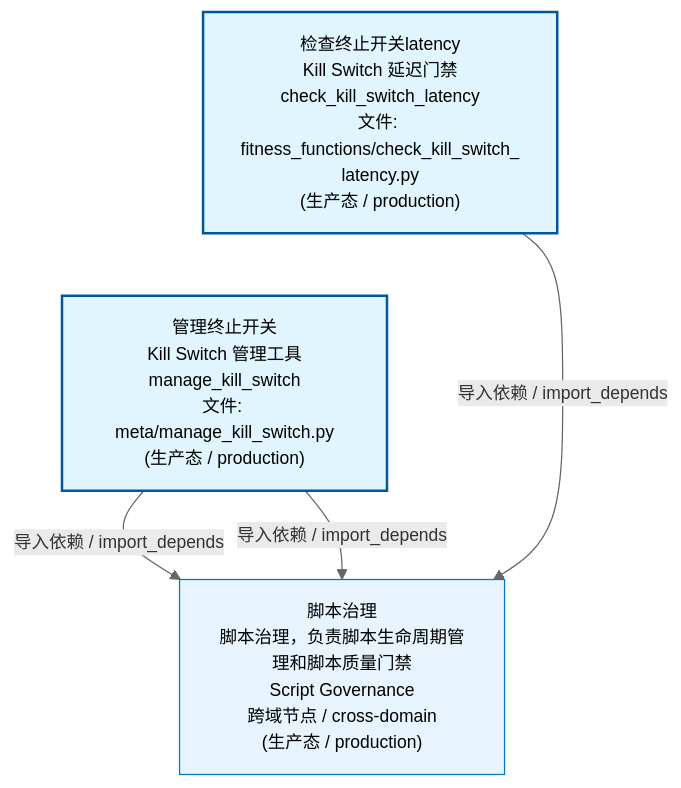
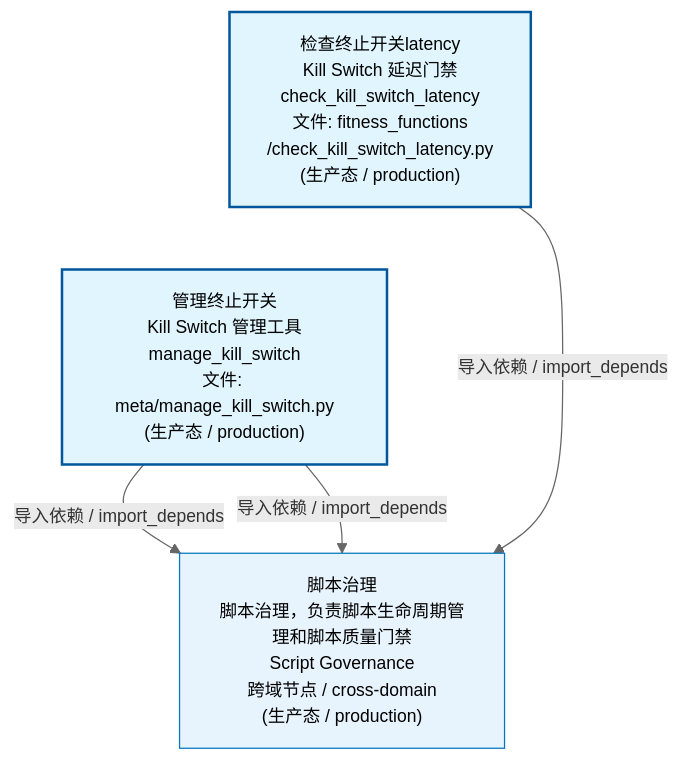
The first of 3 diagrams in docs/02_enterprise_architecture/02_domain_architecture_docs/34_d_autonomy_perm.md (xuanFelixVan/ZephyrAlpha), drawn with Mermaid before and after one commit. The commit also changed other lines of this file and 59 other files, not shown here.

````diff
--- a/docs/02_enterprise_architecture/02_domain_architecture_docs/34_d_autonomy_perm.md
+++ b/docs/02_enterprise_architecture/02_domain_architecture_docs/34_d_autonomy_perm.md
@@ -53,17 +53,17 @@
 ```mermaid
 %%{init: {'theme': 'base', 'themeVariables': {'primaryColor': '#eaeaea', 'primaryTextColor': '#333333', 'primaryBorderColor': '#666666', 'lineColor': '#666666', 'secondaryColor': '#eaeaea', 'tertiaryColor': '#eaeaea', 'fontSize': '14px'}}}%%
 flowchart TD
-    scripts_arch_guard_fitness_functions_check_kill_switch_latency_py["检查终止开关latency<br/>Kill Switch 延迟门禁<br/>check_kill_switch_latency<br/>文件: fitness_functions/check_kill_switch_<br/>latency.py<br/>(生产态 / production)"]
+    scripts_arch_guard_fitness_functions_check_kill_switch_latency_py["检查终止开关latency<br/>Kill Switch 延迟门禁<br/>check_kill_switch_latency<br/>文件: fitness_functions<br/>/check_kill_switch_latency.py<br/>(生产态 / production)"]
     scripts_governance_meta_manage_kill_switch_py["管理终止开关<br/>Kill Switch 管理工具<br/>manage_kill_switch<br/>文件: meta/manage_kill_switch.py<br/>(生产态 / production)"]
     scripts_arch_guard_fitness_functions_check_kill_switch_latency_py ~~~ scripts_governance_meta_manage_kill_switch_py
     D_GOV_SCRIPTS["脚本治理<br/>脚本治理，负责脚本生命周期管理和脚本质量门禁<br/>Script Governance<br/>跨域节点 / cross-domain<br/>(生产态 / production)"]
     scripts_governance_meta_manage_kill_switch_py -->|导入依赖 / import_depends| D_GOV_SCRIPTS
     scripts_governance_meta_manage_kill_switch_py -->|导入依赖 / import_depends| D_GOV_SCRIPTS
     scripts_arch_guard_fitness_functions_check_kill_switch_latency_py -->|导入依赖 / import_depends| D_GOV_SCRIPTS
     classDef production fill:#e1f5fe,stroke:#01579b,stroke-width:2px,color:#000
     classDef design fill:#fff3e0,stroke:#e65100,stroke-width:2px,color:#000,stroke-dasharray: 5 5
     classDef external_prod fill:#e8f4fd,stroke:#0277bd,stroke-width:1px,color:#000
     classDef external_design fill:#fff8e7,stroke:#ef6c00,stroke-width:1px,color:#000,stroke-dasharray: 5 5
     class scripts_arch_guard_fitness_functions_check_kill_switch_latency_py,scripts_governance_meta_manage_kill_switch_py production
     class D_GOV_SCRIPTS external_prod
 ```
````
